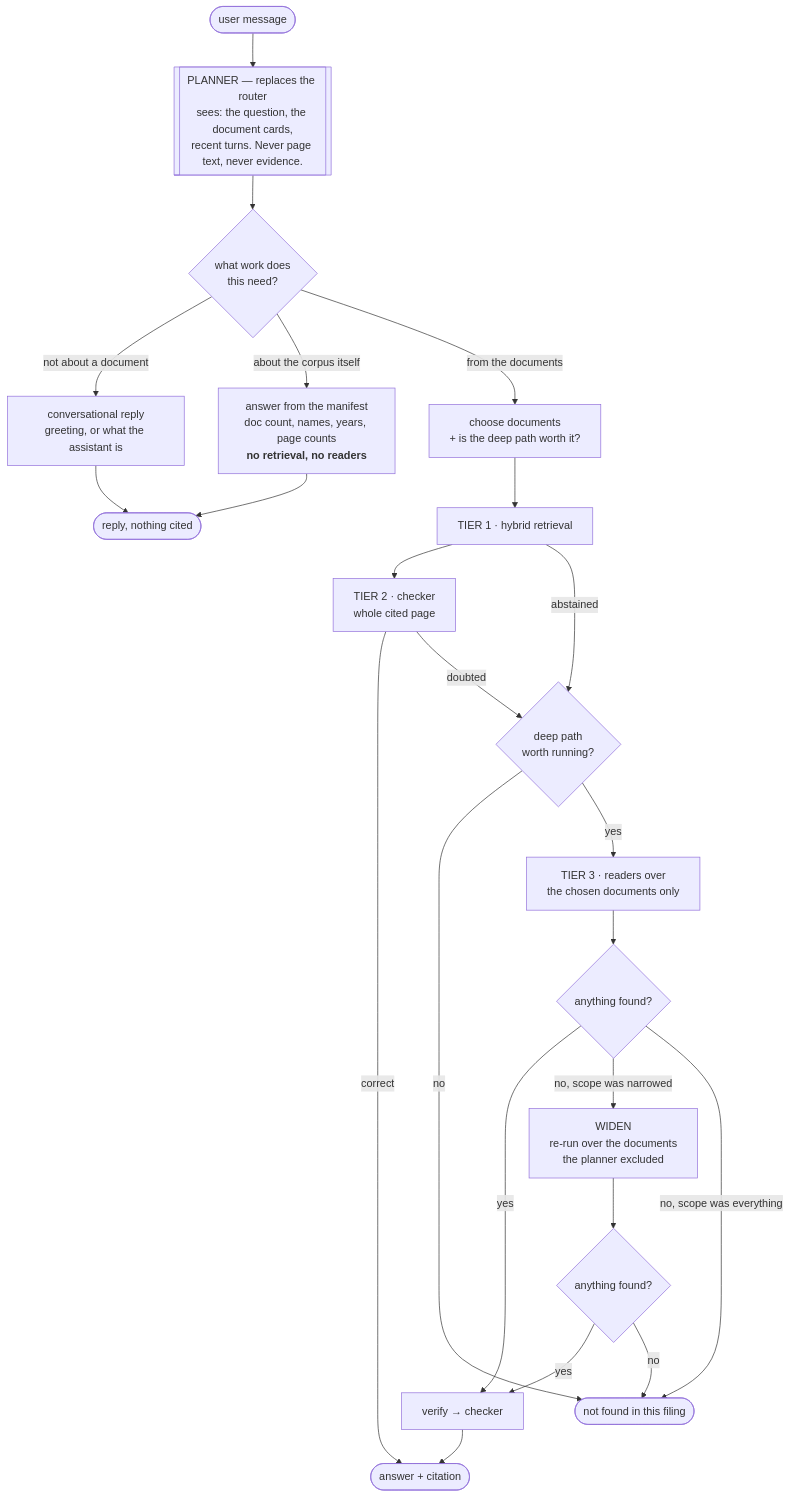
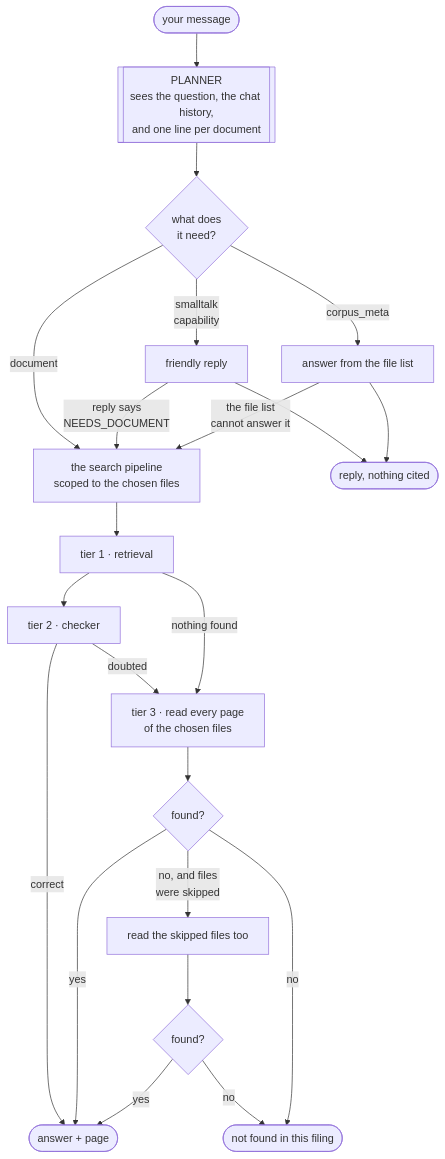
The diagram in docs/19-planner-agent.md (shivrajansingh/analyst-copilot), drawn with Mermaid before and after one commit. The commit also changed other lines of this file and 1 other file, not shown here.

First line of the commit message:
Rewrite the harness and planner docs in plain English

````diff
--- a/docs/19-planner-agent.md
+++ b/docs/19-planner-agent.md
@@ -143,33 +95,31 @@
 ```mermaid
 flowchart TD
-    MSG([user message]) --> PLAN
+    MSG([your message]) --> PLAN
 
-    PLAN[["PLANNER — replaces the router<br/>sees: the question, the document cards,<br/>recent turns. Never page text, never evidence."]]
+    PLAN[["PLANNER<br/>sees the question, the chat history,<br/>and one line per document"]]
 
-    PLAN --> KIND{what work does<br/>this need?}
+    PLAN --> KIND{what does<br/>it need?}
 
-    KIND -->|not about a document| CONV["conversational reply<br/>greeting, or what the assistant is"]
-    KIND -->|about the corpus itself| META["answer from the manifest<br/>doc count, names, years, page counts<br/><b>no retrieval, no readers</b>"]
-    KIND -->|from the documents| SCOPE["choose documents<br/>+ is the deep path worth it?"]
+    KIND -->|smalltalk<br/>capability| CHAT[friendly reply]
+    KIND -->|corpus_meta| FACTS[answer from the file list]
+    KIND -->|document| SEARCH[the search pipeline<br/>scoped to the chosen files]
 
-    SCOPE --> T1[TIER 1 · hybrid retrieval]
-    T1 --> T2[TIER 2 · checker<br/>whole cited page]
-    T2 -->|correct| DONE([answer + citation])
-    T2 -->|doubted| GATE
-    T1 -->|abstained| GATE
+    CHAT -->|"reply says<br/>NEEDS_DOCUMENT"| SEARCH
+    FACTS -->|"the file list<br/>cannot answer it"| SEARCH
 
-    GATE{deep path<br/>worth running?}
-    GATE -->|no| ABSTAIN([not found in this filing])
-    GATE -->|yes| T3[TIER 3 · readers over<br/>the chosen documents only]
+    SEARCH --> T1[tier 1 · retrieval] --> T2[tier 2 · checker]
+    T2 -->|correct| DONE([answer + page])
+    T2 -->|doubted| T3
+    T1 -->|nothing found| T3
 
-    T3 --> FOUND{anything found?}
-    FOUND -->|yes| VERIFY[verify → checker] --> DONE
-    FOUND -->|no, scope was narrowed| WIDEN["WIDEN<br/>re-run over the documents<br/>the planner excluded"]
-    WIDEN --> FOUND2{anything found?}
-    FOUND2 -->|yes| VERIFY
-    FOUND2 -->|no| ABSTAIN
-    FOUND -->|no, scope was everything| ABSTAIN
+    T3[tier 3 · read every page<br/>of the chosen files] --> FOUND{found?}
+    FOUND -->|yes| DONE
+    FOUND -->|"no, and files<br/>were skipped"| WIDEN[read the skipped files too]
+    WIDEN --> FOUND2{found?}
+    FOUND2 -->|yes| DONE
+    FOUND2 -->|no| STOP([not found in this filing])
+    FOUND -->|no| STOP
 
-    CONV --> DONE2([reply, nothing cited])
-    META --> DONE2
+    CHAT --> REPLY([reply, nothing cited])
+    FACTS --> REPLY
 ```
````
